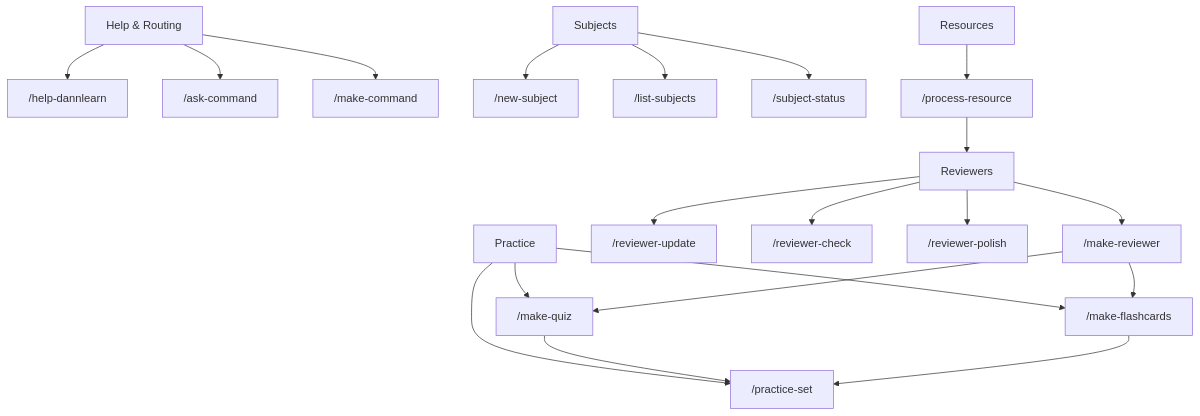
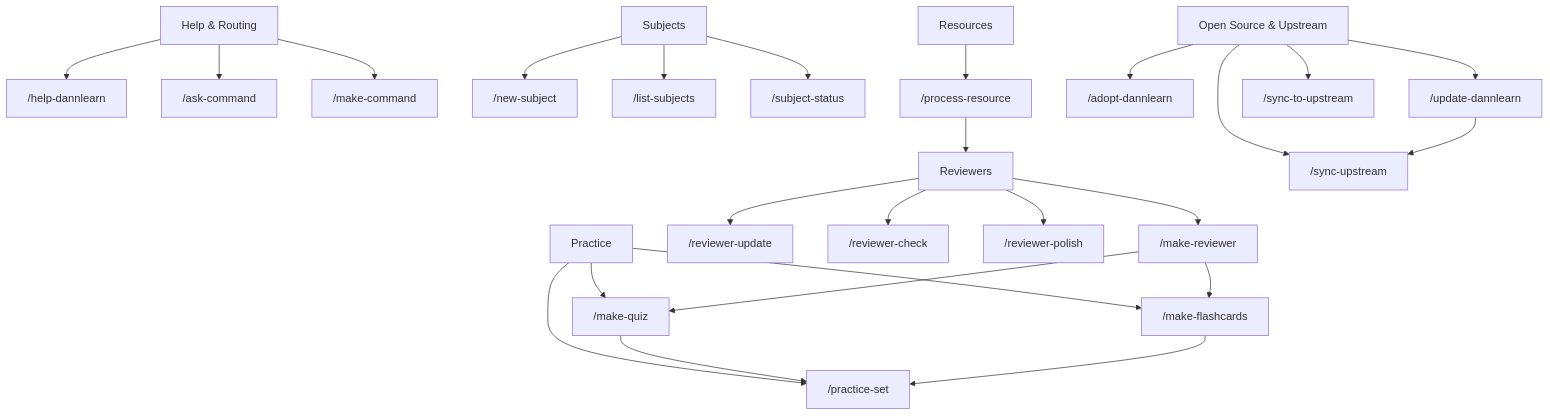
The diagram in .claude/commands/help-dannlearn.md (Danncode10/DannLearn), drawn with Mermaid before and after one commit. The commit also changed other lines of this file and 7 other files, not shown here.

Commit message:
feat(commands): add DannLearn upstream sync workflows

````diff
--- a/.claude/commands/help-dannlearn.md
+++ b/.claude/commands/help-dannlearn.md
@@ -90,27 +99,33 @@
 ```mermaid
 graph TD
   Help["Help & Routing"] --> HD["/help-dannlearn"]
   Help --> AC["/ask-command"]
   Help --> MC["/make-command"]
 
   Subjects["Subjects"] --> NS["/new-subject"]
   Subjects --> LS["/list-subjects"]
   Subjects --> SS["/subject-status"]
 
   Resources["Resources"] --> PR["/process-resource"]
   PR --> Reviewers["Reviewers"]
 
   Reviewers --> MR["/make-reviewer"]
   Reviewers --> RU["/reviewer-update"]
   Reviewers --> RC["/reviewer-check"]
   Reviewers --> RP["/reviewer-polish"]
 
   Practice["Practice"] --> MQ["/make-quiz"]
   Practice --> MF["/make-flashcards"]
   Practice --> PS["/practice-set"]
 
   MR --> MQ
   MR --> MF
   MQ --> PS
   MF --> PS
+
+  Upstream["Open Source & Upstream"] --> AD["/adopt-dannlearn"]
+  Upstream --> UD["/update-dannlearn"]
+  Upstream --> SU["/sync-upstream"]
+  Upstream --> STU["/sync-to-upstream"]
+  UD --> SU
 ```
````
